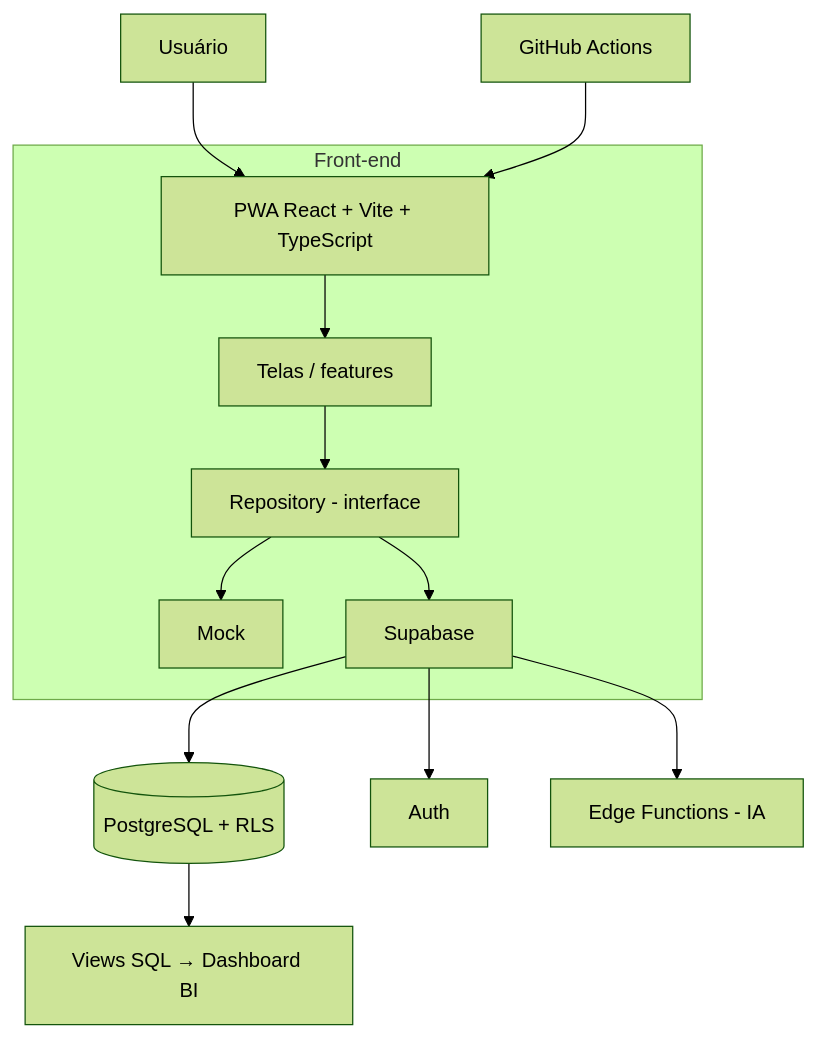
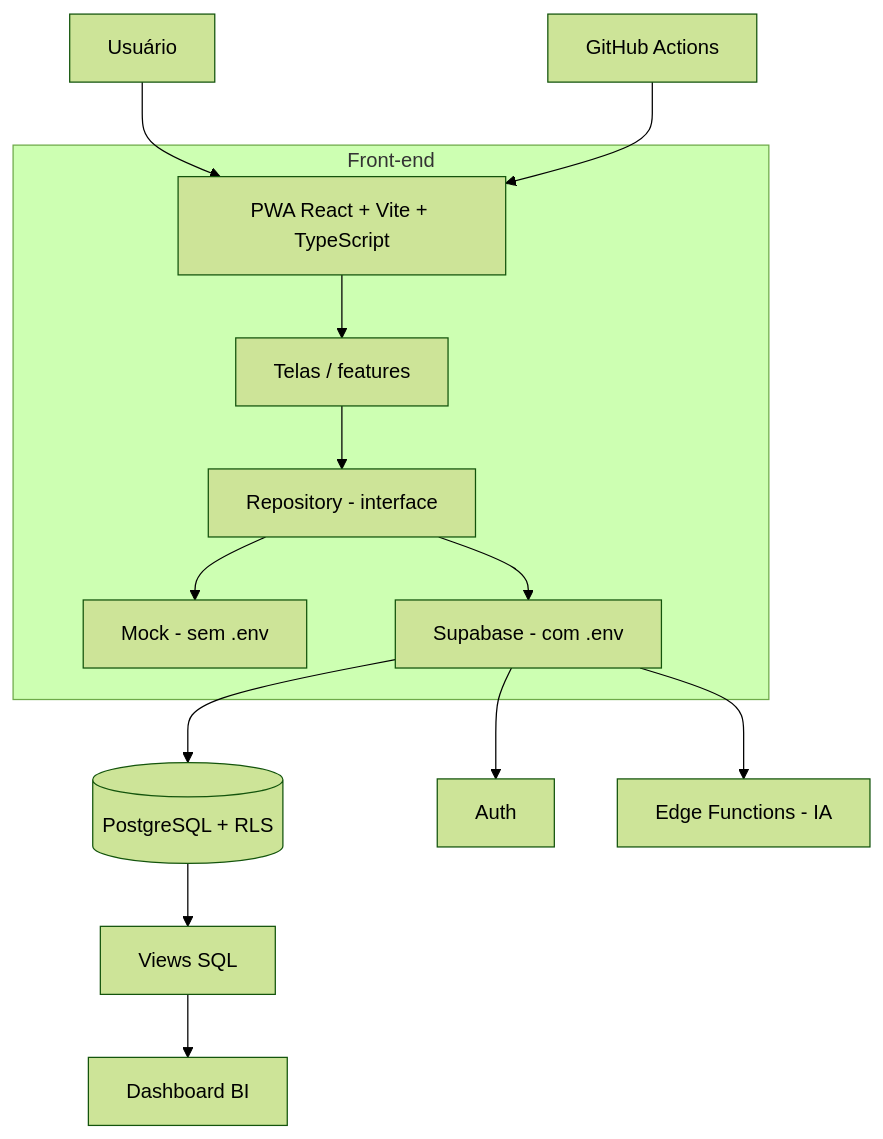
Before and after one commit to balbino-z/infomed-tcc: the diagram in docs/diagrams/arquitetura.md, drawn with Mermaid (forest theme). The commit also changed other lines of this file and 3045 other files, not shown here.

Commit message:
feat: autenticacao Supabase, cadastro com aceite LGPD e testes

````diff
--- a/docs/diagrams/arquitetura.md
+++ b/docs/diagrams/arquitetura.md
@@ -3,15 +3,16 @@
 ```mermaid
 flowchart TB
   U[Usuário] --> PWA[PWA React + Vite + TypeScript]
   subgraph Front-end
     PWA --> T[Telas / features]
     T --> R[Repository - interface]
-    R --> M[Mock]
-    R --> S[Supabase]
+    R --> M[Mock - sem .env]
+    R --> S[Supabase - com .env]
   end
   S --> DB[(PostgreSQL + RLS)]
   S --> AU[Auth]
   S --> EF[Edge Functions - IA]
-  DB --> BI[Views SQL → Dashboard BI]
+  DB --> V[Views SQL]
+  V --> BI[Dashboard BI]
   GH[GitHub Actions] --> PWA
 ```
````
